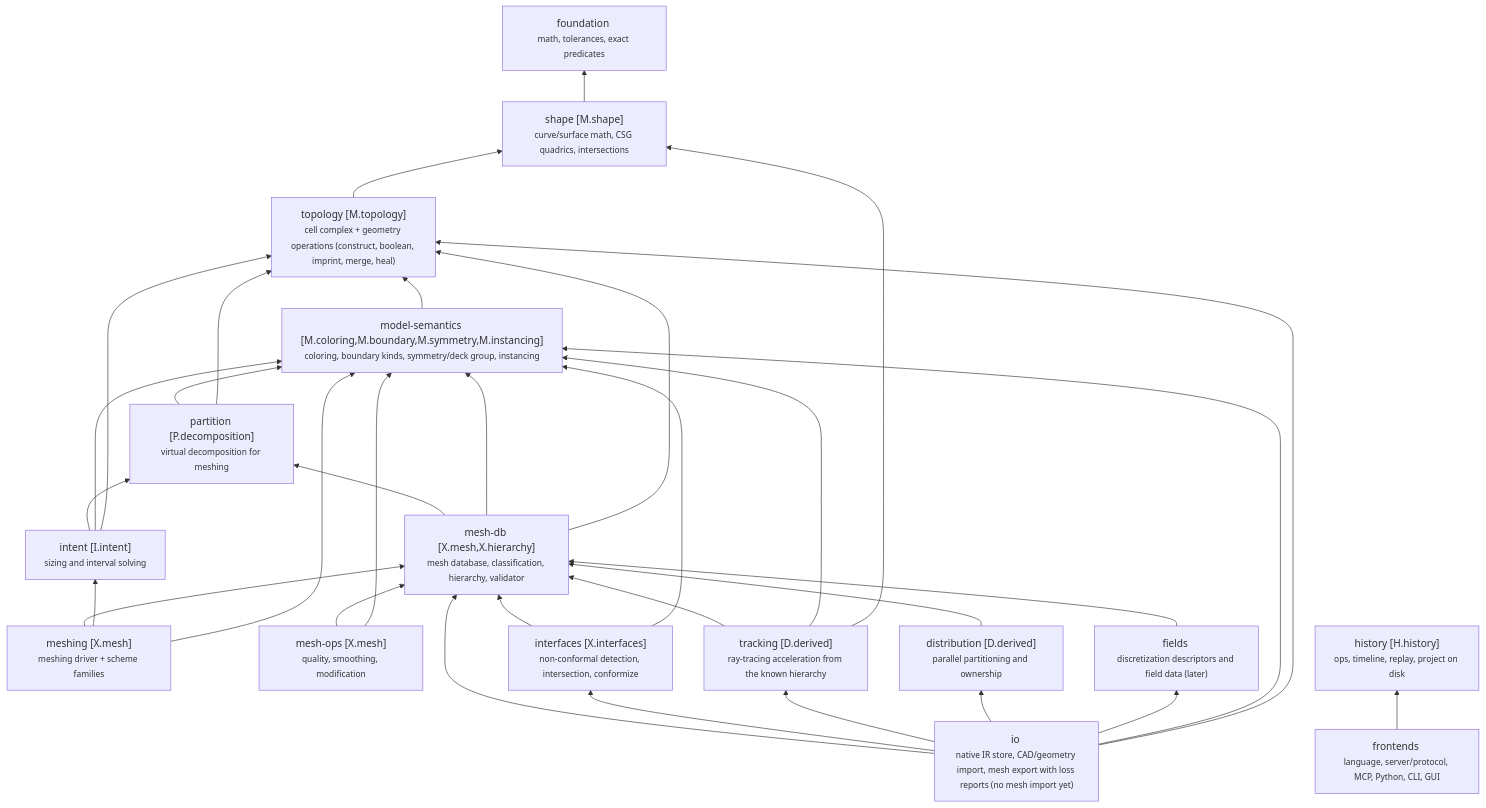
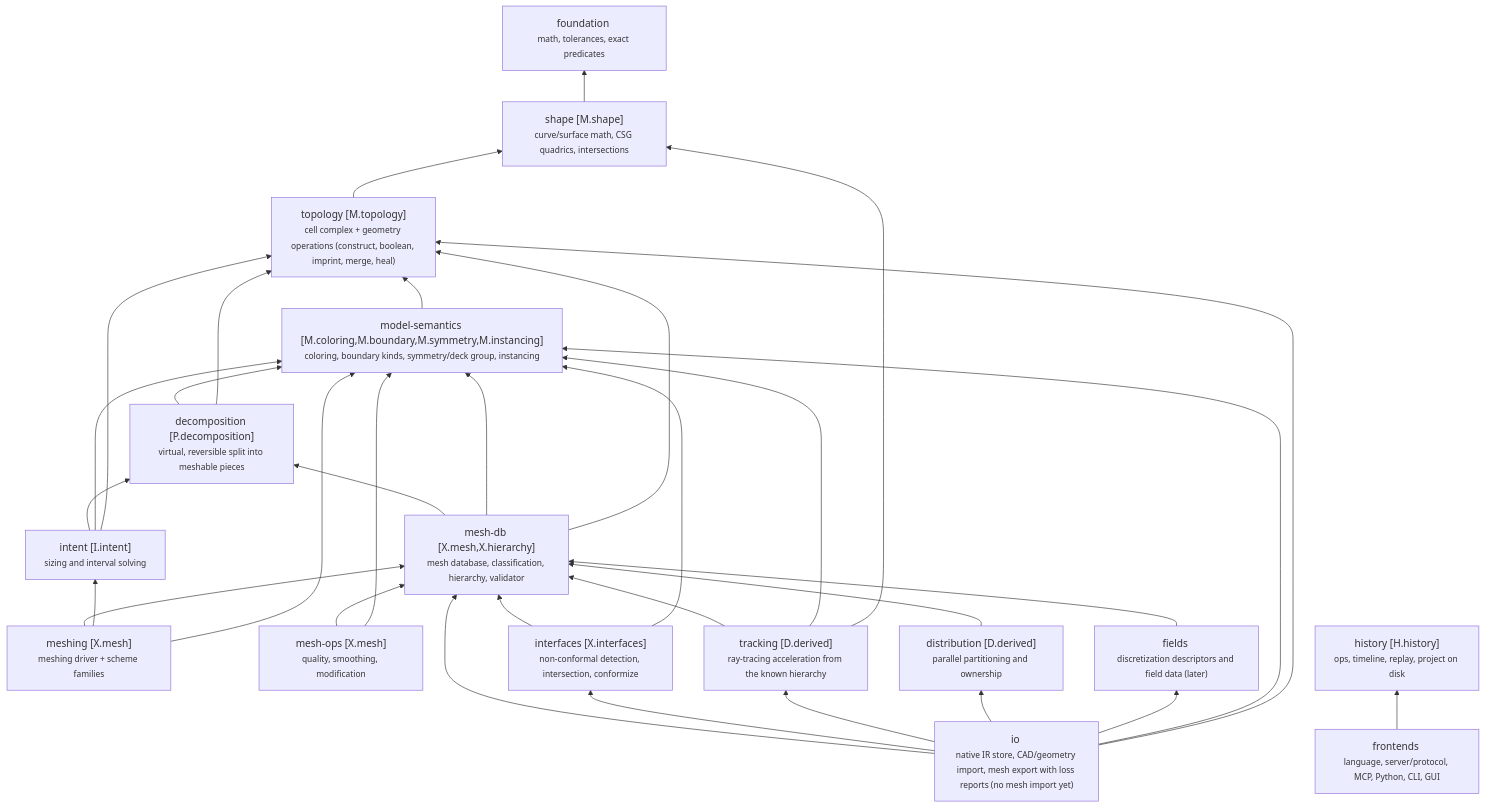
One commit to deOliveira-R/smart-mesher changed the diagram in docs/graph/domains.mmd. Above: the diagram before and after it, drawn with Mermaid. The commit also changed 6 other files, not shown here.

```diff
--- a/docs/graph/domains.mmd
+++ b/docs/graph/domains.mmd
@@ -1,48 +1,48 @@
 graph BT
   foundation["foundation <br/><small>math, tolerances, exact predicates</small>"]
   shape["shape [M.shape]<br/><small>curve/surface math, CSG quadrics, intersections</small>"]
   topology["topology [M.topology]<br/><small>cell complex + geometry operations (construct, boolean, imprint, merge, heal)</small>"]
   model_semantics["model-semantics [M.coloring,M.boundary,M.symmetry,M.instancing]<br/><small>coloring, boundary kinds, symmetry/deck group, instancing</small>"]
-  partition["partition [P.decomposition]<br/><small>virtual decomposition for meshing</small>"]
+  decomposition["decomposition [P.decomposition]<br/><small>virtual, reversible split into meshable pieces</small>"]
   intent["intent [I.intent]<br/><small>sizing and interval solving</small>"]
   meshing["meshing [X.mesh]<br/><small>meshing driver + scheme families</small>"]
   mesh_db["mesh-db [X.mesh,X.hierarchy]<br/><small>mesh database, classification, hierarchy, validator</small>"]
   mesh_ops["mesh-ops [X.mesh]<br/><small>quality, smoothing, modification</small>"]
   interfaces["interfaces [X.interfaces]<br/><small>non-conformal detection, intersection, conformize</small>"]
   tracking["tracking [D.derived]<br/><small>ray-tracing acceleration from the known hierarchy</small>"]
   distribution["distribution [D.derived]<br/><small>parallel partitioning and ownership</small>"]
   fields["fields <br/><small>discretization descriptors and field data (later)</small>"]
   io["io <br/><small>native IR store, CAD/geometry import, mesh export with loss reports (no mesh import yet)</small>"]
   history["history [H.history]<br/><small>ops, timeline, replay, project on disk</small>"]
   frontends["frontends <br/><small>language, server/protocol, MCP, Python, CLI, GUI</small>"]
   shape --> foundation
   topology --> shape
   model_semantics --> topology
-  partition --> model_semantics
-  partition --> topology
-  intent --> partition
+  decomposition --> model_semantics
+  decomposition --> topology
+  intent --> decomposition
   intent --> model_semantics
   intent --> topology
-  mesh_db --> partition
+  mesh_db --> decomposition
   mesh_db --> model_semantics
   mesh_db --> topology
   meshing --> mesh_db
   meshing --> intent
   meshing --> model_semantics
   mesh_ops --> mesh_db
   mesh_ops --> model_semantics
   interfaces --> mesh_db
   interfaces --> model_semantics
   tracking --> mesh_db
   tracking --> model_semantics
   tracking --> shape
   distribution --> mesh_db
   fields --> mesh_db
   io --> mesh_db
   io --> interfaces
   io --> tracking
   io --> distribution
   io --> fields
   io --> model_semantics
   io --> topology
   frontends --> history
```
